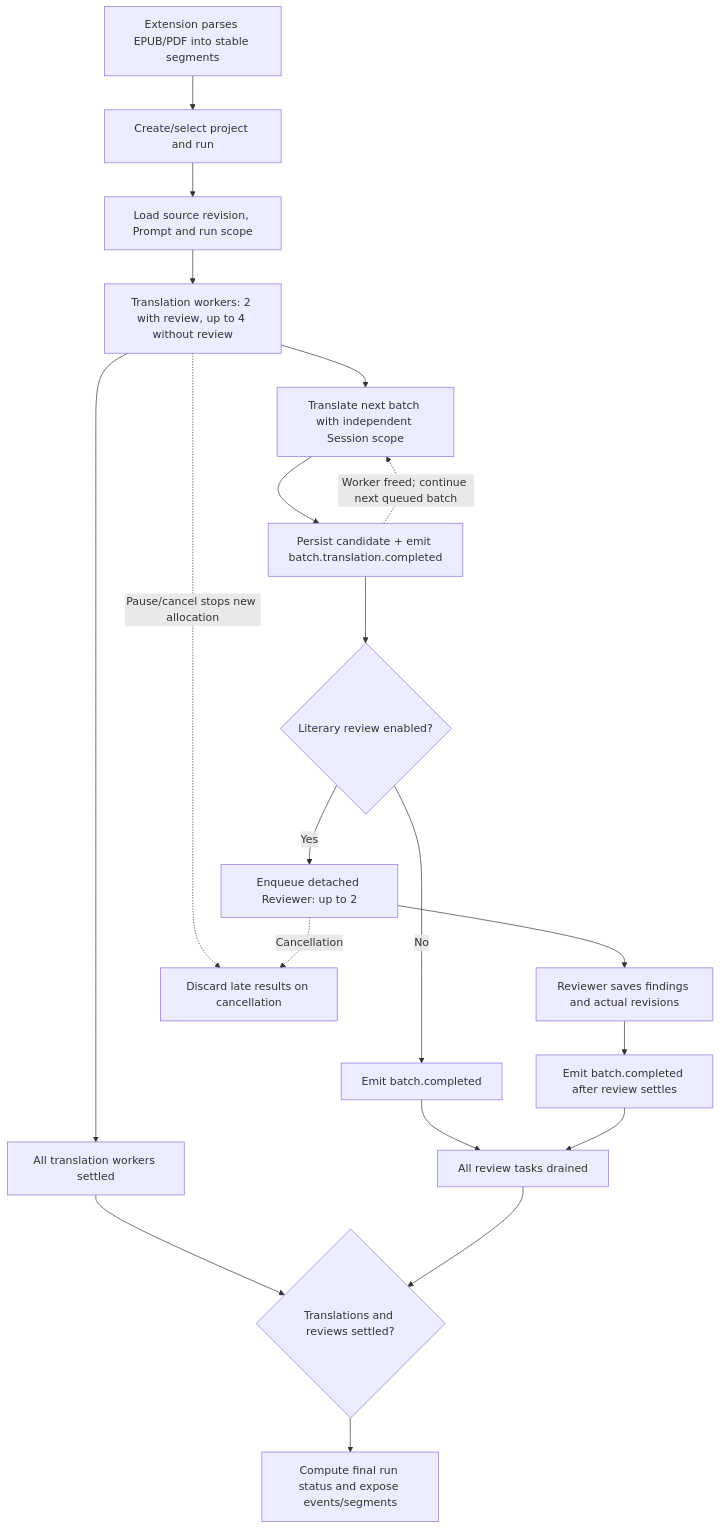
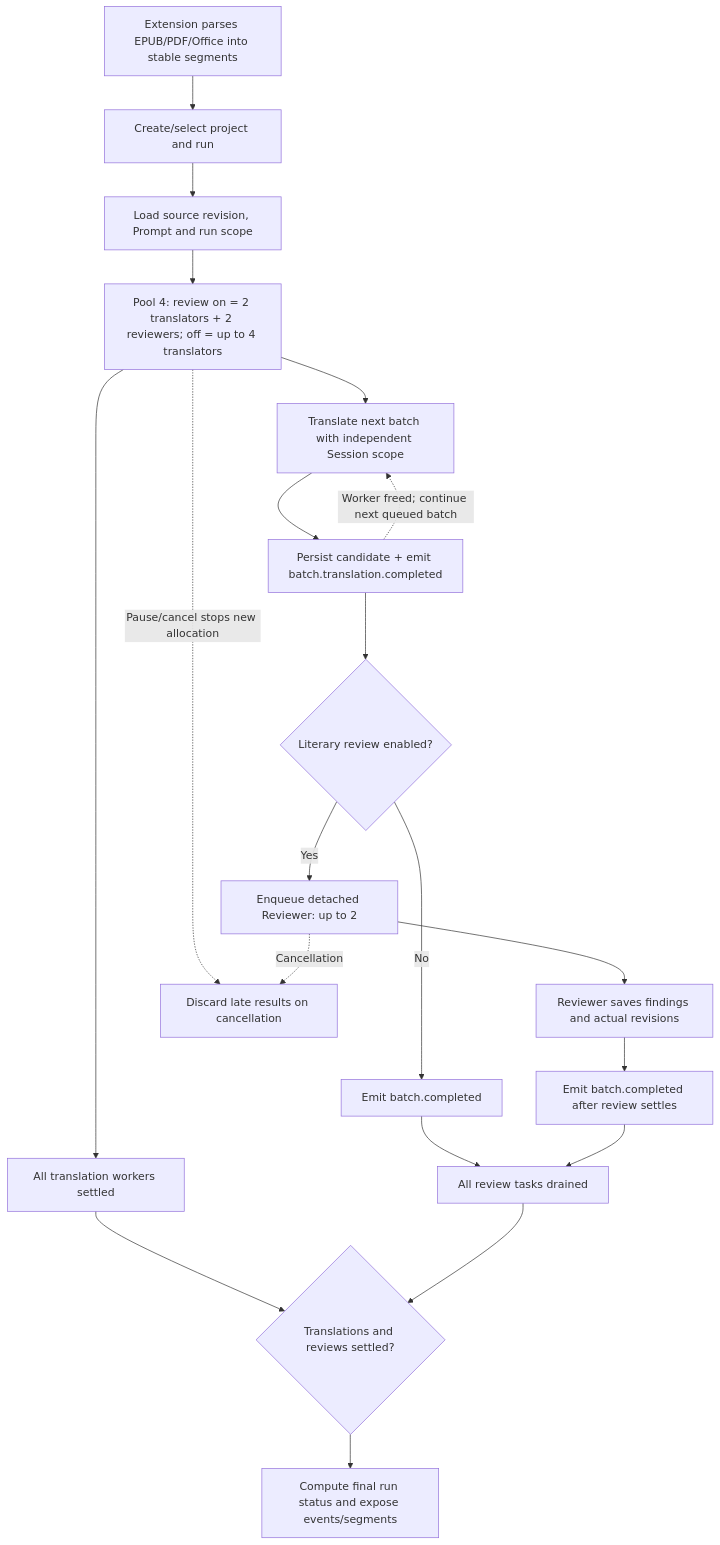
The fourth of 4 diagrams in README.md (devweekly/vocal-saga), drawn with Mermaid before and after one commit. The commit also changed other lines of this file, not shown here.

Commit message:
docs: align local agent worker diagram with session pool

````diff
--- a/README.md
+++ b/README.md
@@ -121,22 +121,22 @@
 ```mermaid
 flowchart TD
-    A[Extension parses EPUB/PDF into stable segments] --> B[Create/select project and run]
+    A[Extension parses EPUB/PDF/Office into stable segments] --> B[Create/select project and run]
     B --> C[Load source revision, Prompt and run scope]
-    C --> D[Translation workers: 2 with review, up to 4 without review]
+    C --> D[Pool 4: review on = 2 translators + 2 reviewers; off = up to 4 translators]
     D --> E[Translate next batch with independent Session scope]
     E --> F[Persist candidate + emit batch.translation.completed]
     F --> G{Literary review enabled?}
     G -- No --> H[Emit batch.completed]
     G -- Yes --> I[Enqueue detached Reviewer: up to 2]
     I --> J[Reviewer saves findings and actual revisions]
     J --> K[Emit batch.completed after review settles]
     F -. Worker freed; continue next queued batch .-> E
     D --> L[All translation workers settled]
     H --> M[All review tasks drained]
     K --> M
     L --> N{Translations and reviews settled?}
     M --> N
     N --> O[Compute final run status and expose events/segments]
     D -. Pause/cancel stops new allocation .-> P[Discard late results on cancellation]
     I -. Cancellation .-> P
 ```
````
